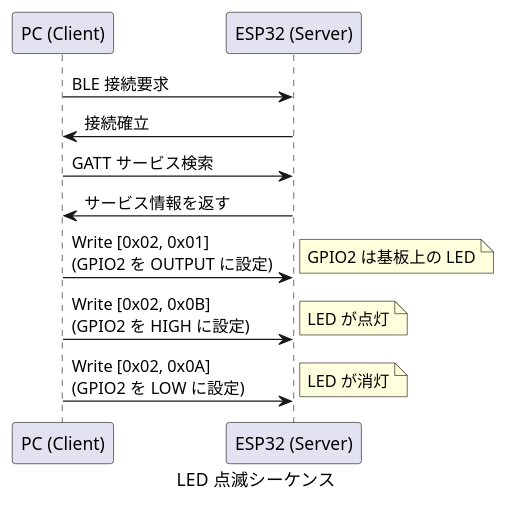
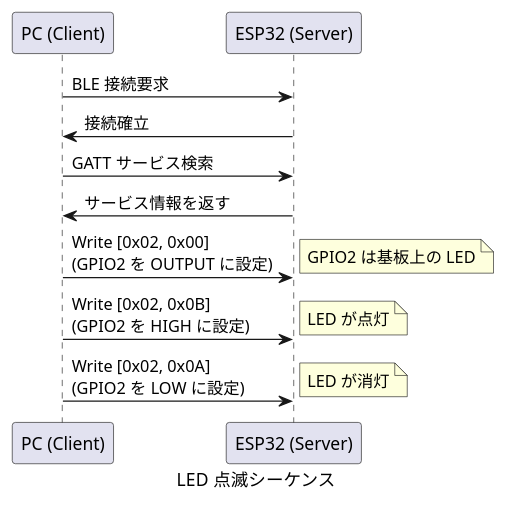
Before and after one commit to Hondarer/bleio: the first of 4 diagrams in docs-src/protocol.md, drawn with PlantUML. The commit also changed other lines of this file and 2 other files, not shown here.

````diff
--- a/docs-src/protocol.md
+++ b/docs-src/protocol.md
@@ -210,23 +240,23 @@
 ```plantuml
 @startuml LED 点滅シーケンス
     caption LED 点滅シーケンス
 
     participant "PC (Client)" as PC
     participant "ESP32 (Server)" as ESP32
 
     PC -> ESP32: BLE 接続要求
     ESP32 -> PC: 接続確立
 
     PC -> ESP32: GATT サービス検索
     ESP32 -> PC: サービス情報を返す
 
-    PC -> ESP32: Write [0x02, 0x01]\n(GPIO2 を OUTPUT に設定)
+    PC -> ESP32: Write [0x02, 0x00]\n(GPIO2 を OUTPUT に設定)
     note right: GPIO2 は基板上の LED
 
     PC -> ESP32: Write [0x02, 0x0B]\n(GPIO2 を HIGH に設定)
     note right: LED が点灯
 
     PC -> ESP32: Write [0x02, 0x0A]\n(GPIO2 を LOW に設定)
     note right: LED が消灯
 @enduml
 ```
````
